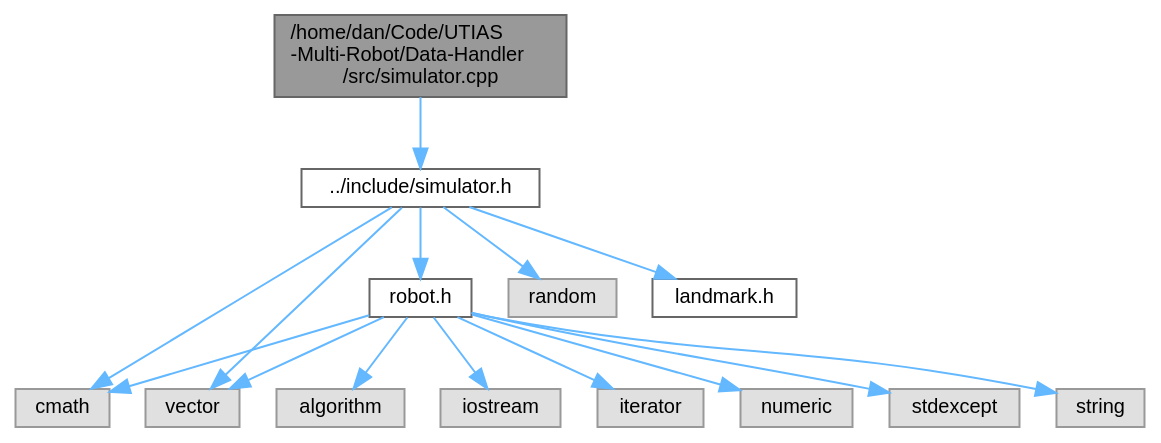
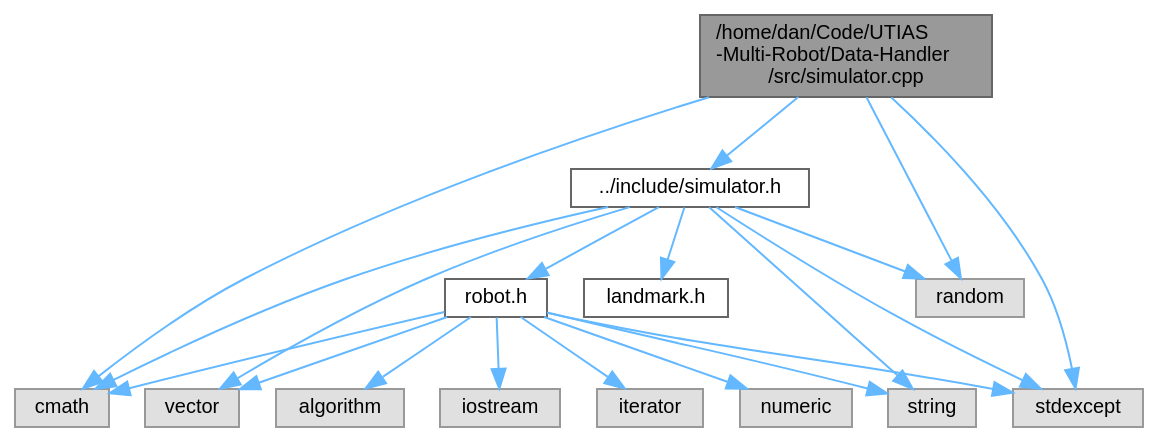
One commit to DanielIngham/Cooperative-Positioning-Data-Handler changed the diagram in docs/simulator_8cpp__incl.dot. Above: the diagram before and after it, drawn with Graphviz. The commit also changed 37 other files, not shown here.

```diff
--- a/docs/simulator_8cpp__incl.dot
+++ b/docs/simulator_8cpp__incl.dot
@@ -1,34 +1,39 @@
 digraph "/home/dan/Code/UTIAS-Multi-Robot/Data-Handler/src/simulator.cpp"
 {
  // LATEX_PDF_SIZE
   bgcolor="transparent";
   edge [fontname=Helvetica,fontsize=10,labelfontname=Helvetica,labelfontsize=10];
   node [fontname=Helvetica,fontsize=10,shape=box,height=0.2,width=0.4];
   Node1 [id="Node000001",label="/home/dan/Code/UTIAS\l-Multi-Robot/Data-Handler\l/src/simulator.cpp",height=0.2,width=0.4,color="gray40", fillcolor="grey60", style="filled", fontcolor="black",tooltip="Class implementation file responsible for simulating the data for multi-robot localisation and mappin..."];
   Node1 -> Node2 [id="edge1_Node000001_Node000002",color="steelblue1",style="solid",tooltip=" "];
   Node2 [id="Node000002",label="../include/simulator.h",height=0.2,width=0.4,color="grey40", fillcolor="white", style="filled",URL="$simulator_8h.html",tooltip="Header file of the Simulator class,."];
   Node2 -> Node3 [id="edge2_Node000002_Node000003",color="steelblue1",style="solid",tooltip=" "];
   Node3 [id="Node000003",label="cmath",height=0.2,width=0.4,color="grey60", fillcolor="#E0E0E0", style="filled",tooltip=" "];
   Node2 -> Node4 [id="edge3_Node000002_Node000004",color="steelblue1",style="solid",tooltip=" "];
   Node4 [id="Node000004",label="random",height=0.2,width=0.4,color="grey60", fillcolor="#E0E0E0", style="filled",tooltip=" "];
   Node2 -> Node5 [id="edge4_Node000002_Node000005",color="steelblue1",style="solid",tooltip=" "];
-  Node5 [id="Node000005",label="vector",height=0.2,width=0.4,color="grey60", fillcolor="#E0E0E0", style="filled",tooltip=" "];
+  Node5 [id="Node000005",label="stdexcept",height=0.2,width=0.4,color="grey60", fillcolor="#E0E0E0", style="filled",tooltip=" "];
   Node2 -> Node6 [id="edge5_Node000002_Node000006",color="steelblue1",style="solid",tooltip=" "];
-  Node6 [id="Node000006",label="landmark.h",height=0.2,width=0.4,color="grey40", fillcolor="white", style="filled",URL="$landmark_8h.html",tooltip="Header file of the Landmark struct."];
+  Node6 [id="Node000006",label="string",height=0.2,width=0.4,color="grey60", fillcolor="#E0E0E0", style="filled",tooltip=" "];
   Node2 -> Node7 [id="edge6_Node000002_Node000007",color="steelblue1",style="solid",tooltip=" "];
-  Node7 [id="Node000007",label="robot.h",height=0.2,width=0.4,color="grey40", fillcolor="white", style="filled",URL="$robot_8h.html",tooltip="Header file of the Robot class."];
-  Node7 -> Node8 [id="edge7_Node000007_Node000008",color="steelblue1",style="solid",tooltip=" "];
-  Node8 [id="Node000008",label="algorithm",height=0.2,width=0.4,color="grey60", fillcolor="#E0E0E0", style="filled",tooltip=" "];
-  Node7 -> Node3 [id="edge8_Node000007_Node000003",color="steelblue1",style="solid",tooltip=" "];
-  Node7 -> Node9 [id="edge9_Node000007_Node000009",color="steelblue1",style="solid",tooltip=" "];
-  Node9 [id="Node000009",label="iostream",height=0.2,width=0.4,color="grey60", fillcolor="#E0E0E0", style="filled",tooltip=" "];
-  Node7 -> Node10 [id="edge10_Node000007_Node000010",color="steelblue1",style="solid",tooltip=" "];
-  Node10 [id="Node000010",label="iterator",height=0.2,width=0.4,color="grey60", fillcolor="#E0E0E0", style="filled",tooltip=" "];
-  Node7 -> Node11 [id="edge11_Node000007_Node000011",color="steelblue1",style="solid",tooltip=" "];
-  Node11 [id="Node000011",label="numeric",height=0.2,width=0.4,color="grey60", fillcolor="#E0E0E0", style="filled",tooltip=" "];
-  Node7 -> Node12 [id="edge12_Node000007_Node000012",color="steelblue1",style="solid",tooltip=" "];
-  Node12 [id="Node000012",label="stdexcept",height=0.2,width=0.4,color="grey60", fillcolor="#E0E0E0", style="filled",tooltip=" "];
-  Node7 -> Node13 [id="edge13_Node000007_Node000013",color="steelblue1",style="solid",tooltip=" "];
-  Node13 [id="Node000013",label="string",height=0.2,width=0.4,color="grey60", fillcolor="#E0E0E0", style="filled",tooltip=" "];
-  Node7 -> Node5 [id="edge14_Node000007_Node000005",color="steelblue1",style="solid",tooltip=" "];
+  Node7 [id="Node000007",label="vector",height=0.2,width=0.4,color="grey60", fillcolor="#E0E0E0", style="filled",tooltip=" "];
+  Node2 -> Node8 [id="edge7_Node000002_Node000008",color="steelblue1",style="solid",tooltip=" "];
+  Node8 [id="Node000008",label="landmark.h",height=0.2,width=0.4,color="grey40", fillcolor="white", style="filled",URL="$landmark_8h.html",tooltip="Header file of the Landmark struct."];
+  Node2 -> Node9 [id="edge8_Node000002_Node000009",color="steelblue1",style="solid",tooltip=" "];
+  Node9 [id="Node000009",label="robot.h",height=0.2,width=0.4,color="grey40", fillcolor="white", style="filled",URL="$robot_8h.html",tooltip="Header file of the Robot class."];
+  Node9 -> Node10 [id="edge9_Node000009_Node000010",color="steelblue1",style="solid",tooltip=" "];
+  Node10 [id="Node000010",label="algorithm",height=0.2,width=0.4,color="grey60", fillcolor="#E0E0E0", style="filled",tooltip=" "];
+  Node9 -> Node3 [id="edge10_Node000009_Node000003",color="steelblue1",style="solid",tooltip=" "];
+  Node9 -> Node11 [id="edge11_Node000009_Node000011",color="steelblue1",style="solid",tooltip=" "];
+  Node11 [id="Node000011",label="iostream",height=0.2,width=0.4,color="grey60", fillcolor="#E0E0E0", style="filled",tooltip=" "];
+  Node9 -> Node12 [id="edge12_Node000009_Node000012",color="steelblue1",style="solid",tooltip=" "];
+  Node12 [id="Node000012",label="iterator",height=0.2,width=0.4,color="grey60", fillcolor="#E0E0E0", style="filled",tooltip=" "];
+  Node9 -> Node13 [id="edge13_Node000009_Node000013",color="steelblue1",style="solid",tooltip=" "];
+  Node13 [id="Node000013",label="numeric",height=0.2,width=0.4,color="grey60", fillcolor="#E0E0E0", style="filled",tooltip=" "];
+  Node9 -> Node5 [id="edge14_Node000009_Node000005",color="steelblue1",style="solid",tooltip=" "];
+  Node9 -> Node6 [id="edge15_Node000009_Node000006",color="steelblue1",style="solid",tooltip=" "];
+  Node9 -> Node7 [id="edge16_Node000009_Node000007",color="steelblue1",style="solid",tooltip=" "];
+  Node1 -> Node3 [id="edge17_Node000001_Node000003",color="steelblue1",style="solid",tooltip=" "];
+  Node1 -> Node4 [id="edge18_Node000001_Node000004",color="steelblue1",style="solid",tooltip=" "];
+  Node1 -> Node5 [id="edge19_Node000001_Node000005",color="steelblue1",style="solid",tooltip=" "];
 }
```
